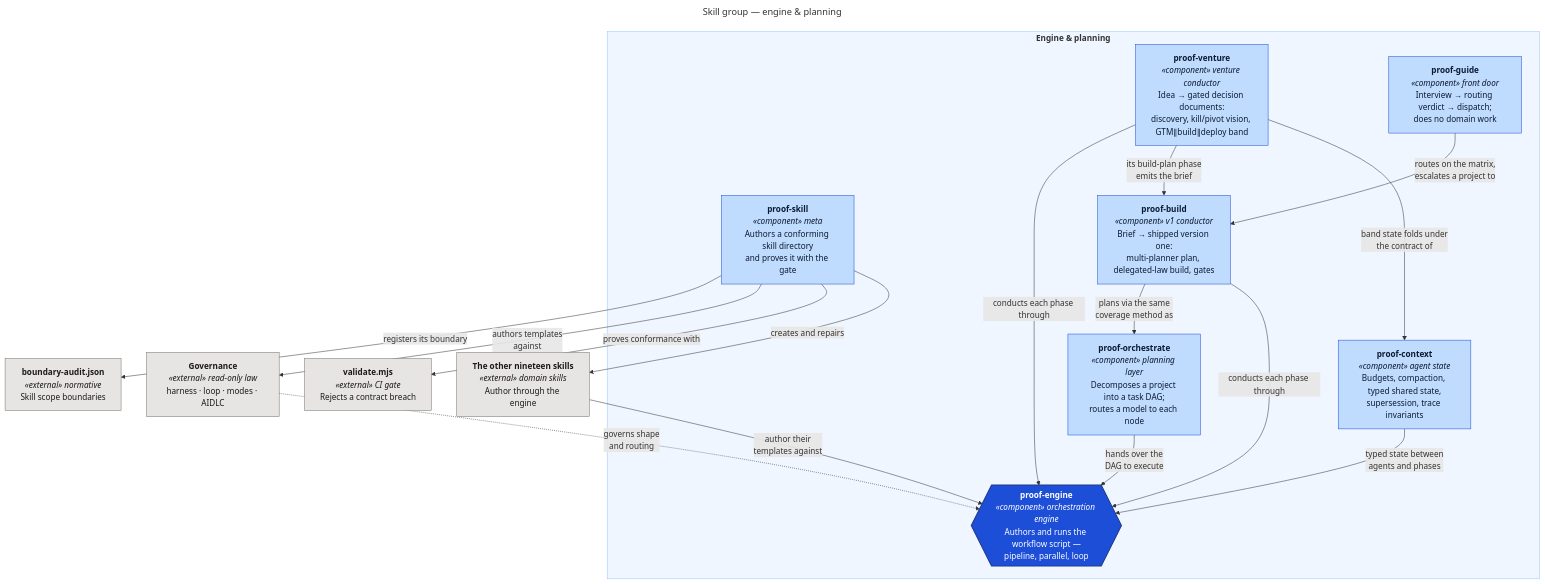
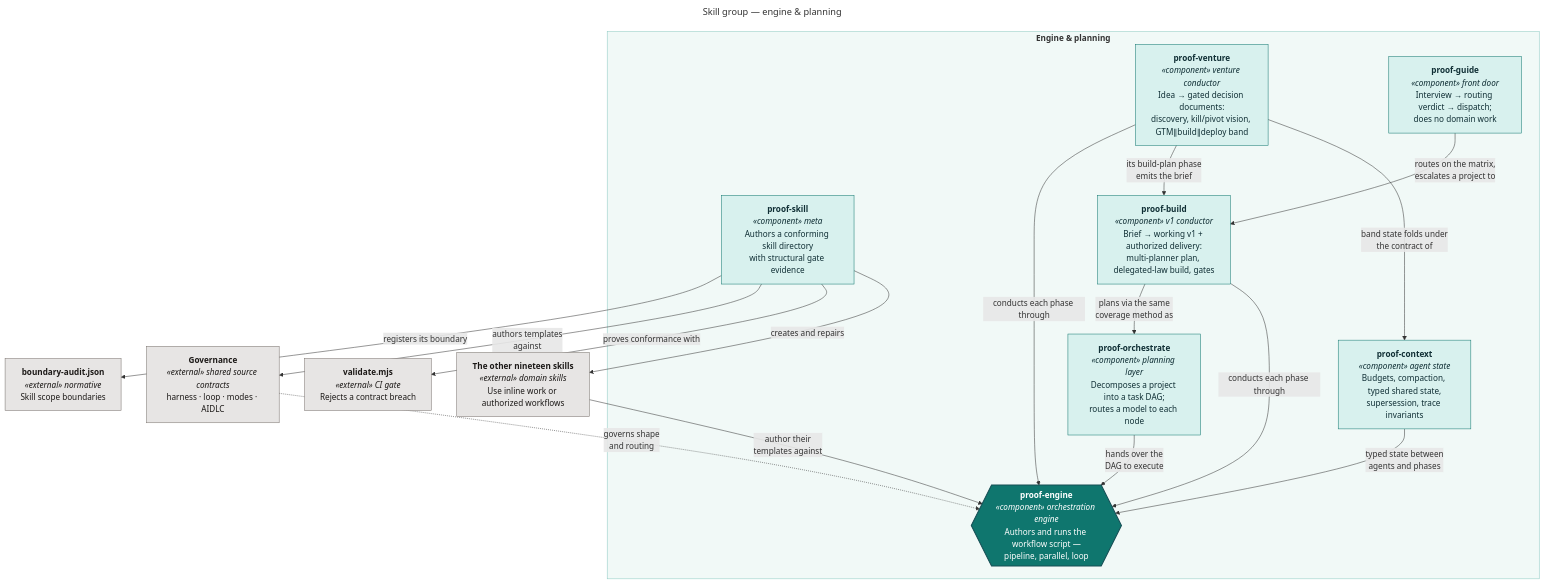
One commit to santapong/Proof changed the diagram in docs/c4/diagrams/src/skills-engine-planning.mmd. Above: the diagram before and after it, drawn with Mermaid. The commit also changed 58 other files, not shown here.

Commit message:
docs: refresh Proof identity and architecture artwork

```diff
--- a/docs/c4/diagrams/src/skills-engine-planning.mmd
+++ b/docs/c4/diagrams/src/skills-engine-planning.mmd
@@ -1,41 +1,41 @@
 ---
 title: "Skill group — engine & planning"
 ---
 flowchart TB
     subgraph g["<b>Engine &amp; planning</b>"]
         eng{{"<b>proof-engine</b><br/><i>«component» orchestration engine</i><br/>Authors and runs the workflow script —<br/>pipeline, parallel, loop"}}
         orch["<b>proof-orchestrate</b><br/><i>«component» planning layer</i><br/>Decomposes a project into a task DAG;<br/>routes a model to each node"]
-        mk["<b>proof-skill</b><br/><i>«component» meta</i><br/>Authors a conforming skill directory<br/>and proves it with the gate"]
-        build["<b>proof-build</b><br/><i>«component» v1 conductor</i><br/>Brief → shipped version one:<br/>multi-planner plan, delegated-law build, gates"]
+        mk["<b>proof-skill</b><br/><i>«component» meta</i><br/>Authors a conforming skill directory<br/>with structural gate evidence"]
+        build["<b>proof-build</b><br/><i>«component» v1 conductor</i><br/>Brief → working v1 + authorized delivery:<br/>multi-planner plan, delegated-law build, gates"]
         vent["<b>proof-venture</b><br/><i>«component» venture conductor</i><br/>Idea → gated decision documents:<br/>discovery, kill/pivot vision, GTM∥build∥deploy band"]
         ctx["<b>proof-context</b><br/><i>«component» agent state</i><br/>Budgets, compaction, typed shared state,<br/>supersession, trace invariants"]
         guide["<b>proof-guide</b><br/><i>«component» front door</i><br/>Interview → routing verdict → dispatch;<br/>does no domain work"]
     end
 
-    law["<b>Governance</b><br/><i>«external» read-only law</i><br/>harness · loop · modes · AIDLC"]
+    law["<b>Governance</b><br/><i>«external» shared source contracts</i><br/>harness · loop · modes · AIDLC"]
     audit["<b>boundary-audit.json</b><br/><i>«external» normative</i><br/>Skill scope boundaries"]
     gate["<b>validate.mjs</b><br/><i>«external» CI gate</i><br/>Rejects a contract breach"]
-    all["<b>The other nineteen skills</b><br/><i>«external» domain skills</i><br/>Author through the engine"]
+    all["<b>The other nineteen skills</b><br/><i>«external» domain skills</i><br/>Use inline work or authorized workflows"]
 
     law -. "governs shape<br/>and routing" .-> eng
     orch -- "hands over the<br/>DAG to execute" --> eng
     all -- "author their<br/>templates against" --> eng
     mk -- "registers its boundary" --> audit
     mk -- "authors templates<br/>against" --> law
     mk -- "proves conformance with" --> gate
     mk -- "creates and repairs" --> all
     build -- "plans via the same<br/>coverage method as" --> orch
     build -- "conducts each phase through" --> eng
     vent -- "conducts each phase through" --> eng
     vent -- "its build-plan phase<br/>emits the brief" --> build
     vent -- "band state folds under<br/>the contract of" --> ctx
     ctx -- "typed state between<br/>agents and phases" --> eng
     guide -- "routes on the matrix,<br/>escalates a project to" --> build
 
-    classDef component fill:#BFDBFE,stroke:#1D4ED8,color:#0C1B33
+    classDef component fill:#D8F1EE,stroke:#0F766E,color:#102F35
     classDef extc fill:#E7E5E4,stroke:#78716C,color:#1C1917
-    classDef engine fill:#1D4ED8,stroke:#1E3A8A,stroke-width:2px,color:#FFFFFF
+    classDef engine fill:#0F766E,stroke:#164E55,stroke-width:2px,color:#FFFFFF
     class eng engine
     class orch,mk,build,vent,ctx,guide component
     class law,audit,gate,all extc
-    style g fill:#EFF6FF,stroke:#93C5FD
+    style g fill:#F1F9F7,stroke:#8BC8C1
```
